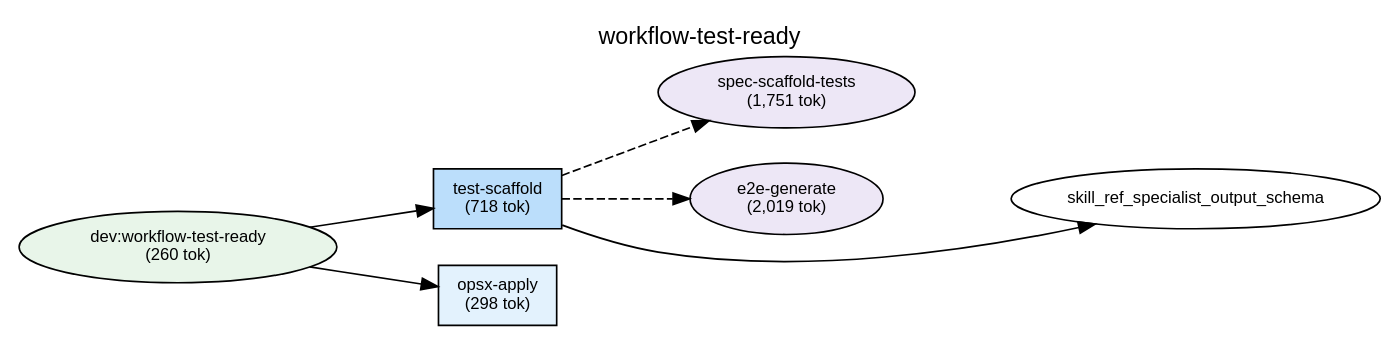
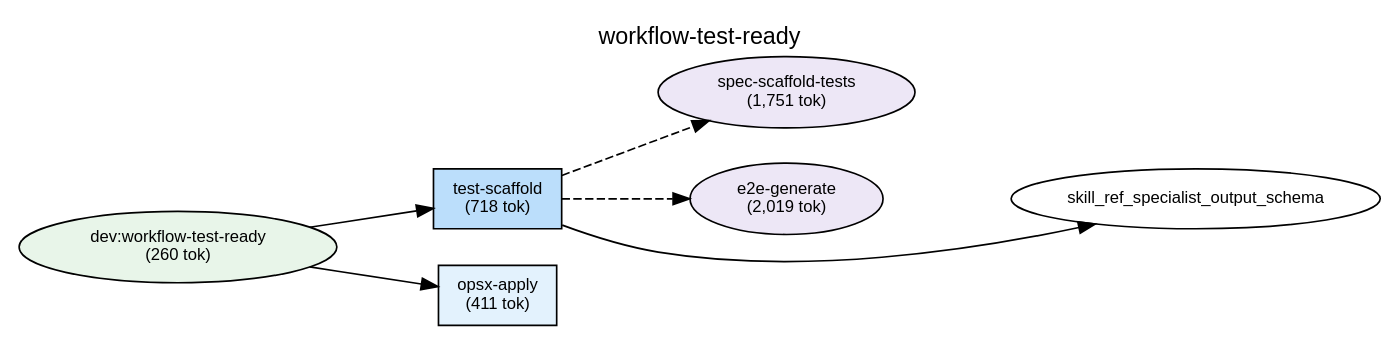
Before and after one commit to shuu5/twill: the diagram in plugins/dev/docs/deps-workflow-test-ready.dot, drawn with Graphviz. The commit also changed 22 other files, not shown here.

```diff
--- a/plugins/dev/docs/deps-workflow-test-ready.dot
+++ b/plugins/dev/docs/deps-workflow-test-ready.dot
@@ -1,53 +1,53 @@
 digraph Dependencies {
     // Graph settings
     rankdir=LR;
     ranksep=0.8;
     nodesep=0.3;
     fontname="Helvetica";
     node [fontname="Helvetica", fontsize=10];
     edge [fontname="Helvetica", fontsize=9];
     label="workflow-test-ready";
     labelloc=t;
     fontsize=14;
 
     // L0: Controller Skills
 
     // L0: Launchers
 
     // L0.5: Workflow Skills
     skill_workflow_test_ready [label="dev:workflow-test-ready\n(260 tok)", shape=ellipse, style=filled, fillcolor="#e8f5e9"];
 
     // Reference Skills
 
     // L1: Direct Commands
-    cmd_opsx_apply [label="opsx-apply\n(298 tok)", shape=box, style=filled, fillcolor="#e3f2fd"];
+    cmd_opsx_apply [label="opsx-apply\n(411 tok)", shape=box, style=filled, fillcolor="#e3f2fd"];
     cmd_test_scaffold [label="test-scaffold\n(718 tok)", shape=box, style=filled, fillcolor="#bbdefb"];
 
     // L2: Sub Commands
 
     // L3: Agents
     agent_spec_scaffold_tests [label="spec-scaffold-tests\n(1,751 tok)", shape=ellipse, style=filled, fillcolor="#ede7f6"];
     agent_e2e_generate [label="e2e-generate\n(2,019 tok)", shape=ellipse, style=filled, fillcolor="#ede7f6"];
 
     // L3.5: Scripts
 
     // L4: External
 
     // Layer constraints
     { rank=same; skill_workflow_test_ready; }
     { rank=same; cmd_opsx_apply; cmd_test_scaffold; }
     { rank=same; agent_spec_scaffold_tests; agent_e2e_generate; }
 
     // Edges
     skill_workflow_test_ready -> cmd_test_scaffold;
     skill_workflow_test_ready -> cmd_opsx_apply;
     cmd_test_scaffold -> agent_spec_scaffold_tests [style=dashed];
     cmd_test_scaffold -> agent_e2e_generate [style=dashed];
     cmd_test_scaffold -> skill_ref_specialist_output_schema;
 
     // Ordering constraints (invisible edges)
     cmd_test_scaffold -> cmd_opsx_apply [style=invis, weight=10];
     agent_spec_scaffold_tests -> agent_e2e_generate [style=invis, weight=10];
     agent_e2e_generate -> skill_ref_specialist_output_schema [style=invis, weight=10];
 
 }
```
